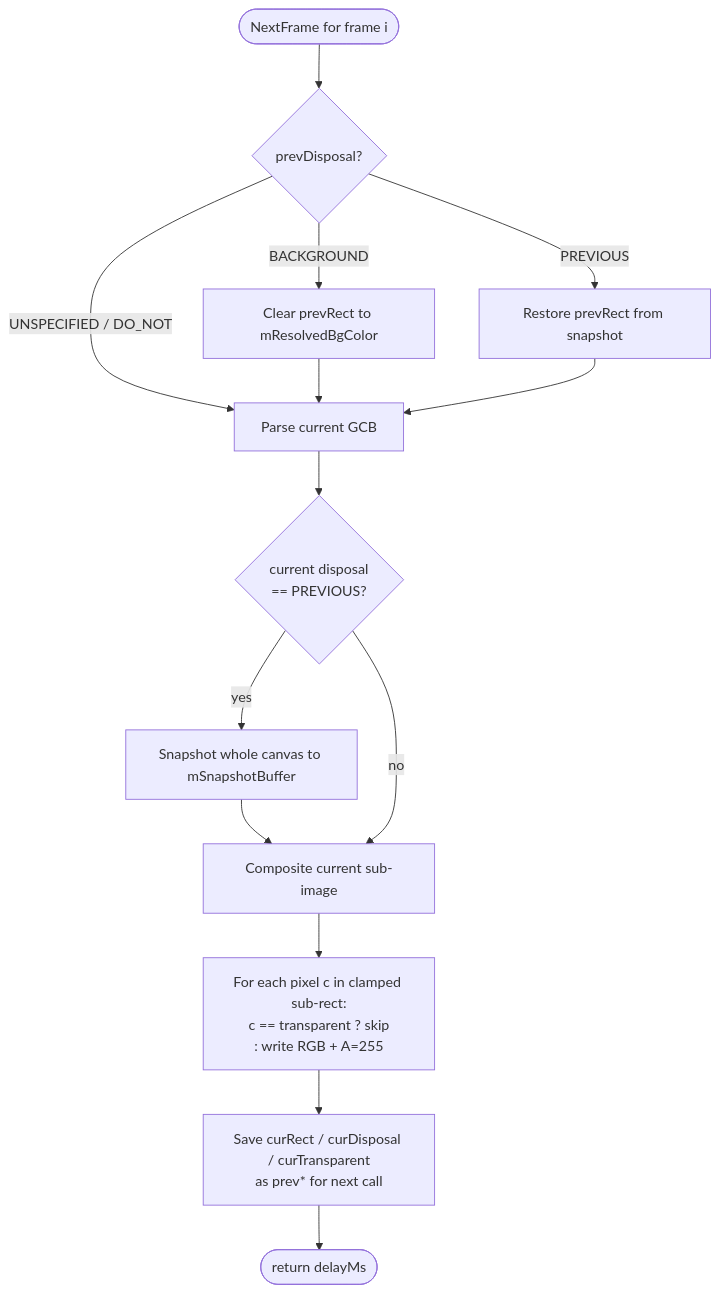
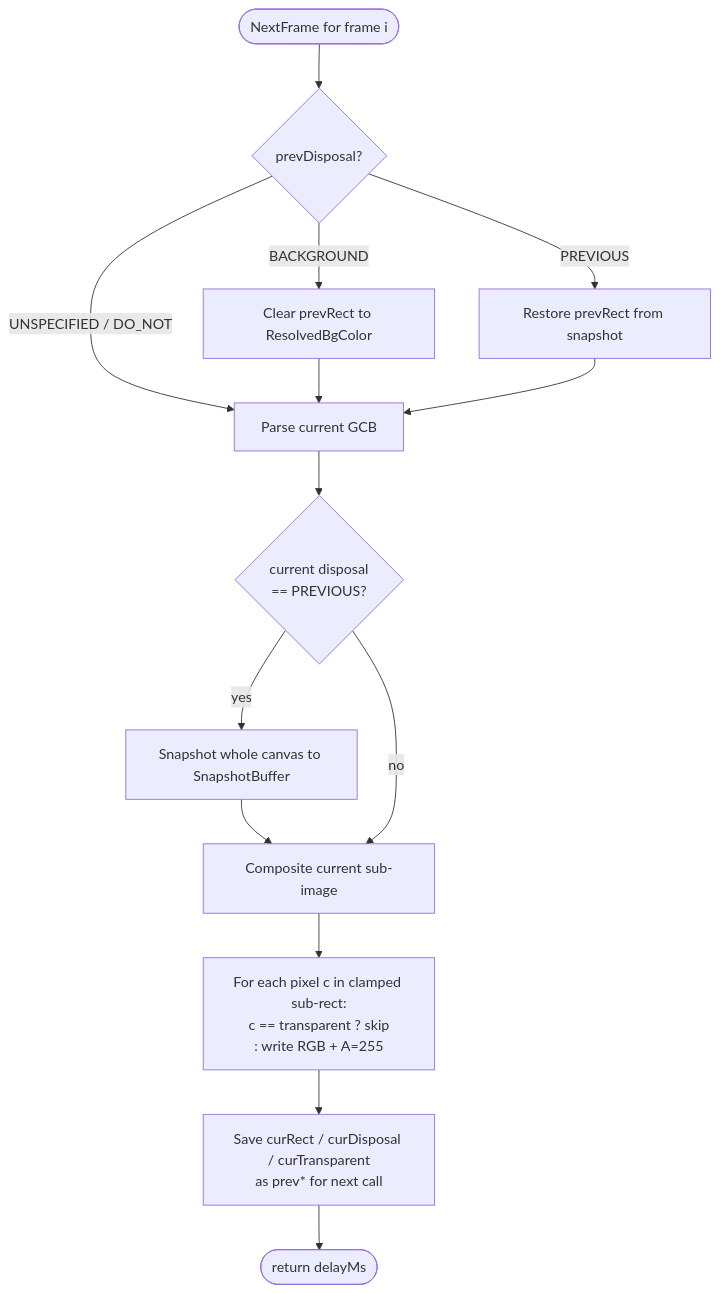
The second of 2 diagrams in Docs/GifDecoder.md (neil3d/UAnimatedTexture5), drawn with Mermaid before and after one commit. The commit also changed other lines of this file and 3 other files, not shown here.

````diff
--- a/Docs/GifDecoder.md
+++ b/Docs/GifDecoder.md
@@ -67,15 +67,15 @@
 ```mermaid
 flowchart TD
     Start([NextFrame for frame i]) --> Step1{prevDisposal?}
     Step1 -->|UNSPECIFIED / DO_NOT| Step2[Parse current GCB]
-    Step1 -->|BACKGROUND| Bg[Clear prevRect to mResolvedBgColor] --> Step2
+    Step1 -->|BACKGROUND| Bg[Clear prevRect to ResolvedBgColor] --> Step2
     Step1 -->|PREVIOUS| Prev[Restore prevRect from snapshot] --> Step2
 
     Step2 --> Step3{current disposal<br/>== PREVIOUS?}
-    Step3 -->|yes| Snap[Snapshot whole canvas to mSnapshotBuffer] --> Step4
+    Step3 -->|yes| Snap[Snapshot whole canvas to SnapshotBuffer] --> Step4
     Step3 -->|no| Step4[Composite current sub-image]
 
     Step4 --> Loop["For each pixel c in clamped sub-rect:<br/>c == transparent ? skip<br/>: write RGB + A=255"]
     Loop --> Step6[Save curRect / curDisposal / curTransparent<br/>as prev* for next call]
     Step6 --> Done([return delayMs])
 ```
````
